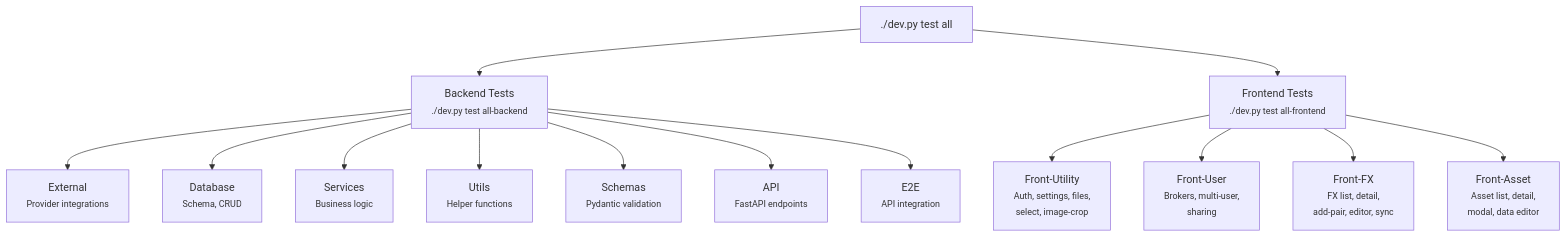
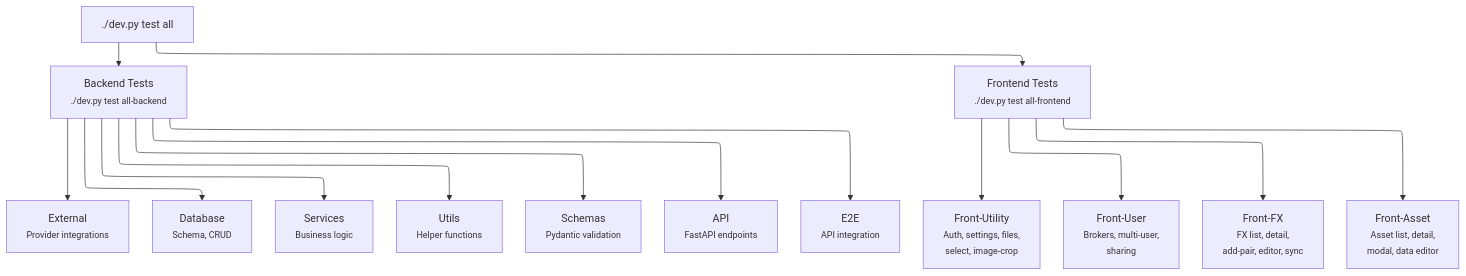
One commit to Librefolio/LibreFolio changed the first of 2 diagrams in mkdocs_src/docs/developer/test-walkthrough/index.md. Above: the diagram before and after it, drawn with Mermaid. The commit also changed other lines of this file and 20 other files, not shown here.

````diff
--- a/mkdocs_src/docs/developer/test-walkthrough/index.md
+++ b/mkdocs_src/docs/developer/test-walkthrough/index.md
@@ -88,20 +93,24 @@
 ```mermaid
+---
+config:
+  layout: elk
+---
 graph TD
     ALL["./dev.py test all"]
 
     ALL --> BACKEND["Backend Tests<br/><small>./dev.py test all-backend</small>"]
     ALL --> FRONTEND["Frontend Tests<br/><small>./dev.py test all-frontend</small>"]
 
     BACKEND --> EXT["External<br/><small>Provider integrations</small>"]
     BACKEND --> DB["Database<br/><small>Schema, CRUD</small>"]
     BACKEND --> SVC["Services<br/><small>Business logic</small>"]
     BACKEND --> UTL["Utils<br/><small>Helper functions</small>"]
     BACKEND --> SCH["Schemas<br/><small>Pydantic validation</small>"]
     BACKEND --> API["API<br/><small>FastAPI endpoints</small>"]
     BACKEND --> E2E["E2E<br/><small>API integration</small>"]
 
     FRONTEND --> FU["Front-Utility<br/><small>Auth, settings, files,<br/>select, image-crop</small>"]
     FRONTEND --> FUSR["Front-User<br/><small>Brokers, multi-user,<br/>sharing</small>"]
     FRONTEND --> FFX["Front-FX<br/><small>FX list, detail,<br/>add-pair, editor, sync</small>"]
     FRONTEND --> FA["Front-Asset<br/><small>Asset list, detail,<br/>modal, data editor</small>"]
 ```
````
